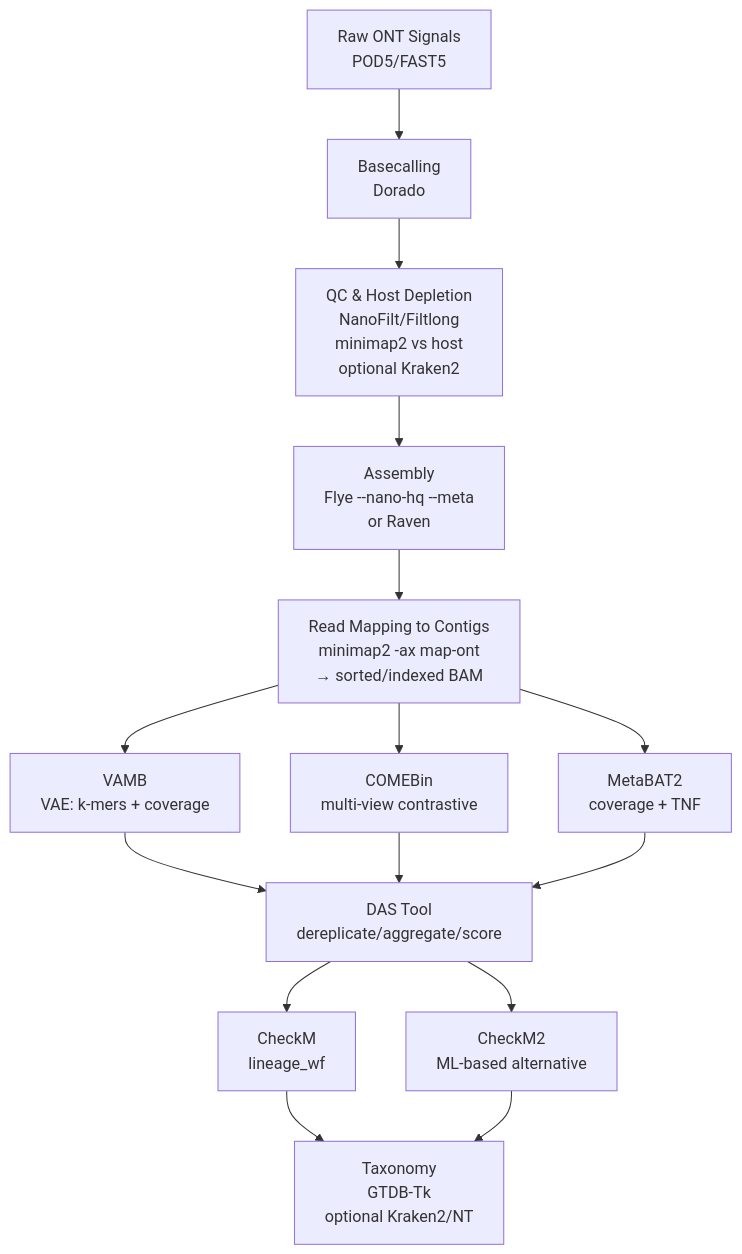
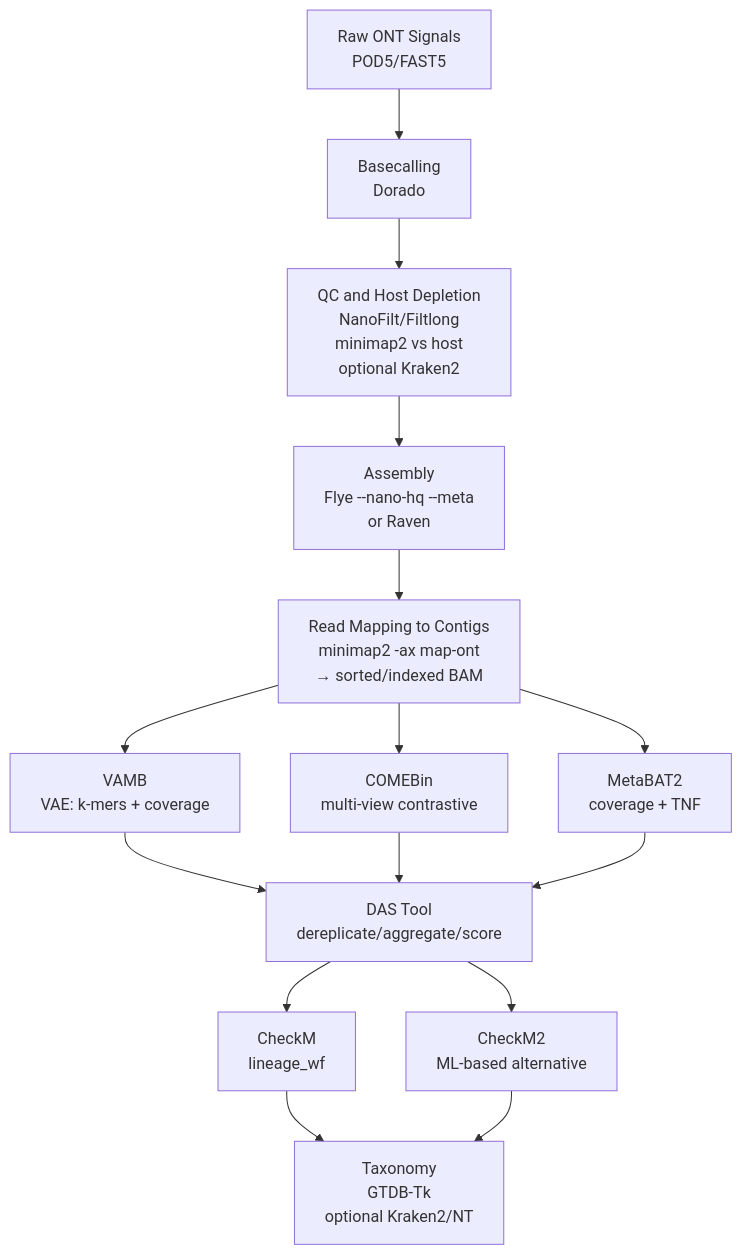
Before and after one commit to ttmgr/Wetland_Health: the first of 2 diagrams in Binning.md, drawn with Mermaid.

````diff
--- a/Binning.md
+++ b/Binning.md
@@ -9,17 +9,17 @@
 ```mermaid
 graph TD
     A[Raw ONT Signals<br/>POD5/FAST5] --> B[Basecalling<br/>Dorado]
-    B --> C[QC & Host Depletion<br/>NanoFilt/Filtlong<br/>minimap2 vs host<br/>optional Kraken2]
+    B --> C[QC and Host Depletion<br/>NanoFilt/Filtlong<br/>minimap2 vs host<br/>optional Kraken2]
     C --> D[Assembly<br/>Flye --nano-hq --meta<br/>or Raven]
     D --> E[Read Mapping to Contigs<br/>minimap2 -ax map-ont<br/>→ sorted/indexed BAM]
     E --> F1[VAMB<br/>VAE: k-mers + coverage]
     E --> F2[COMEBin<br/>multi-view contrastive]
     E --> F3[MetaBAT2<br/>coverage + TNF]
     F1 --> G[DAS Tool<br/>dereplicate/aggregate/score]
     F2 --> G
     F3 --> G
     G --> H1[CheckM<br/>lineage_wf]
     G --> H2[CheckM2<br/>ML-based alternative]
     H1 --> I[Taxonomy<br/>GTDB-Tk<br/>optional Kraken2/NT]
     H2 --> I
 ```
````
